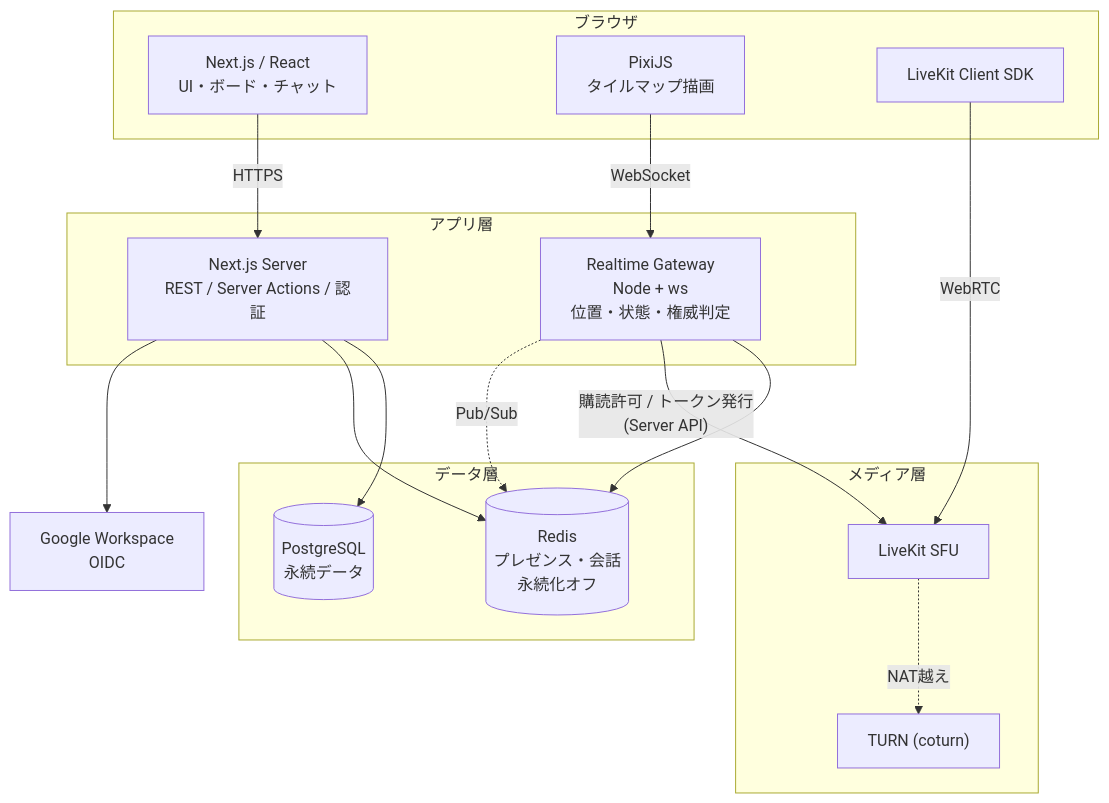
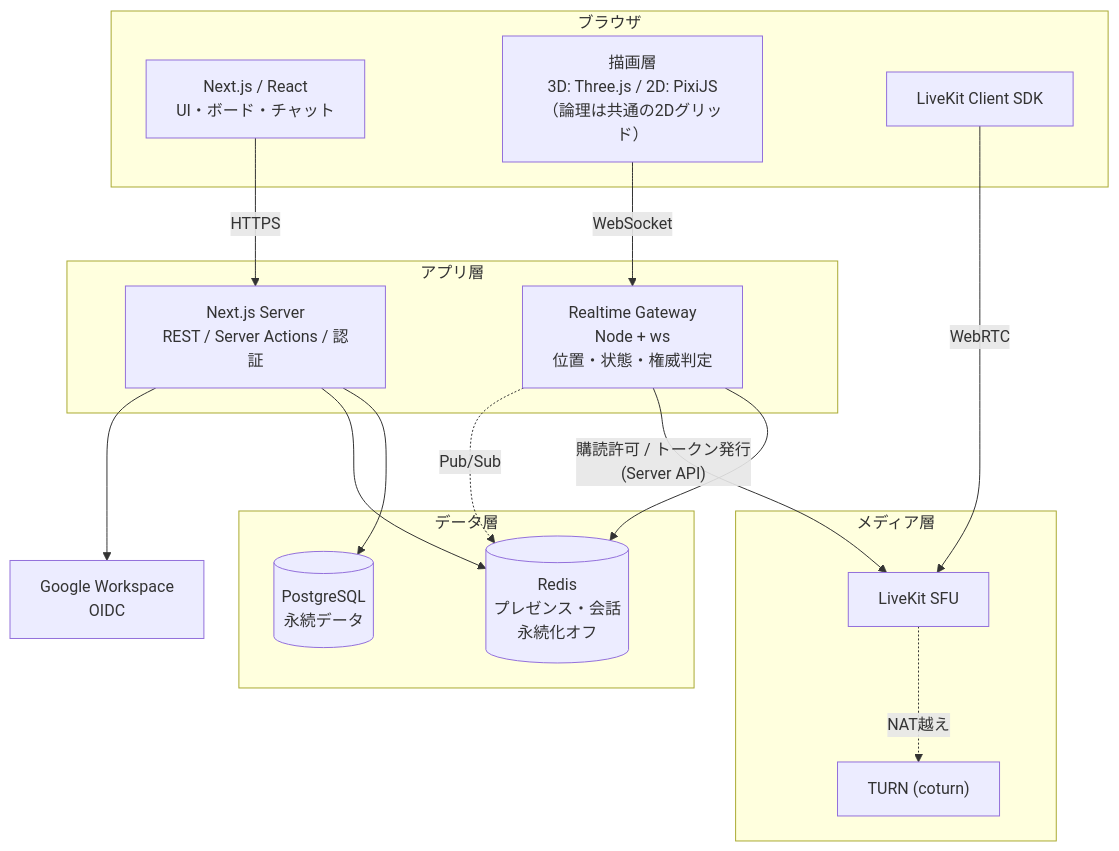
Before and after one commit to ayukari/-: the first of 5 diagrams in docs/design/04-architecture.md, drawn with Mermaid. The commit also changed other lines of this file and 7 other files, not shown here.

````diff
--- a/docs/design/04-architecture.md
+++ b/docs/design/04-architecture.md
@@ -11,36 +11,36 @@
 ```mermaid
 flowchart TB
     subgraph client["ブラウザ"]
         UI["Next.js / React<br/>UI・ボード・チャット"]
-        CANVAS["PixiJS<br/>タイルマップ描画"]
+        CANVAS["描画層<br/>3D: Three.js / 2D: PixiJS<br/>（論理は共通の2Dグリッド）"]
         RTC["LiveKit Client SDK"]
     end
 
     subgraph edge["アプリ層"]
         WEB["Next.js Server<br/>REST / Server Actions / 認証"]
         GW["Realtime Gateway<br/>Node + ws<br/>位置・状態・権威判定"]
     end
 
     subgraph media["メディア層"]
         LK["LiveKit SFU"]
         TURN["TURN (coturn)"]
     end
 
     subgraph data["データ層"]
         PG[("PostgreSQL<br/>永続データ")]
         RD[("Redis<br/>プレゼンス・会話<br/>永続化オフ")]
     end
 
     IDP["Google Workspace<br/>OIDC"]
 
     UI -->|HTTPS| WEB
     CANVAS -->|WebSocket| GW
     RTC -->|WebRTC| LK
     LK -.->|NAT越え| TURN
     WEB --> PG
     WEB --> RD
     WEB --> IDP
     GW --> RD
     GW -->|"購読許可 / トークン発行<br/>(Server API)"| LK
     GW -.->|Pub/Sub| RD
 ```
````
